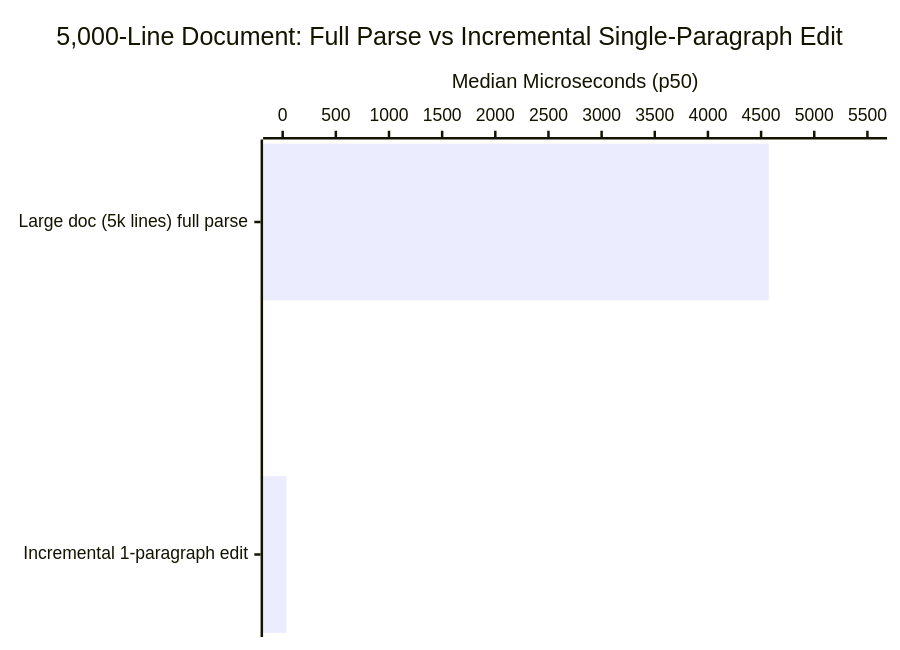
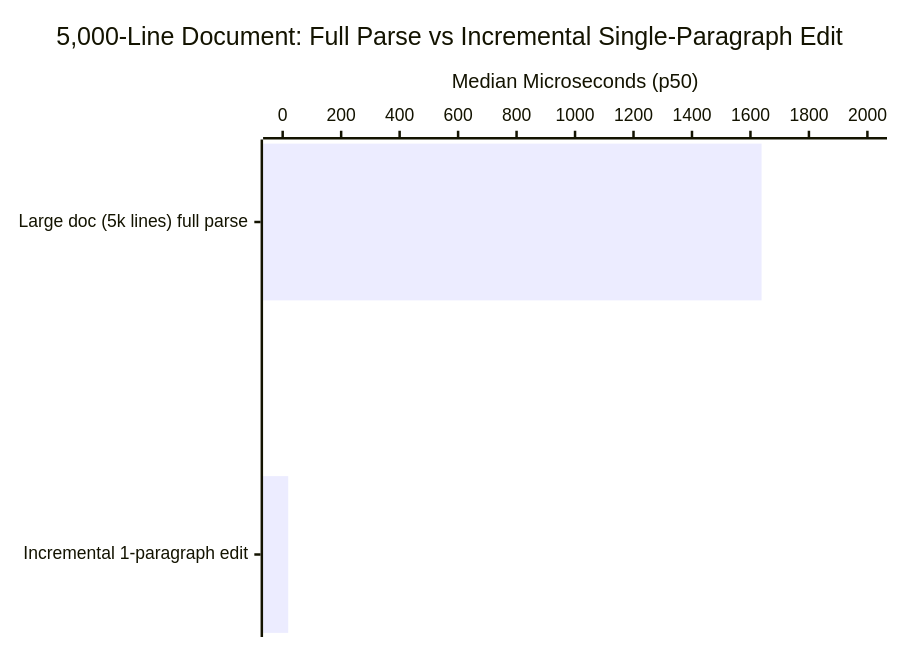
The second of 2 diagrams in doc/BENCHMARKS.md (tkinnis/markdown_engine), drawn with Mermaid before and after one commit. The commit also changed other lines of this file and 35 other files, not shown here.

````diff
--- a/doc/BENCHMARKS.md
+++ b/doc/BENCHMARKS.md
@@ -38,7 +58,7 @@
 ```mermaid
 xychart-beta horizontal
     title "5,000-Line Document: Full Parse vs Incremental Single-Paragraph Edit"
     x-axis ["Large doc (5k lines) full parse", "Incremental 1-paragraph edit"]
-    y-axis "Median Microseconds (p50)" 0 --> 5500
-    bar [4572.50, 35.16]
+    y-axis "Median Microseconds (p50)" 0 --> 2000
+    bar [1638.00, 18.96]
 ```
````
